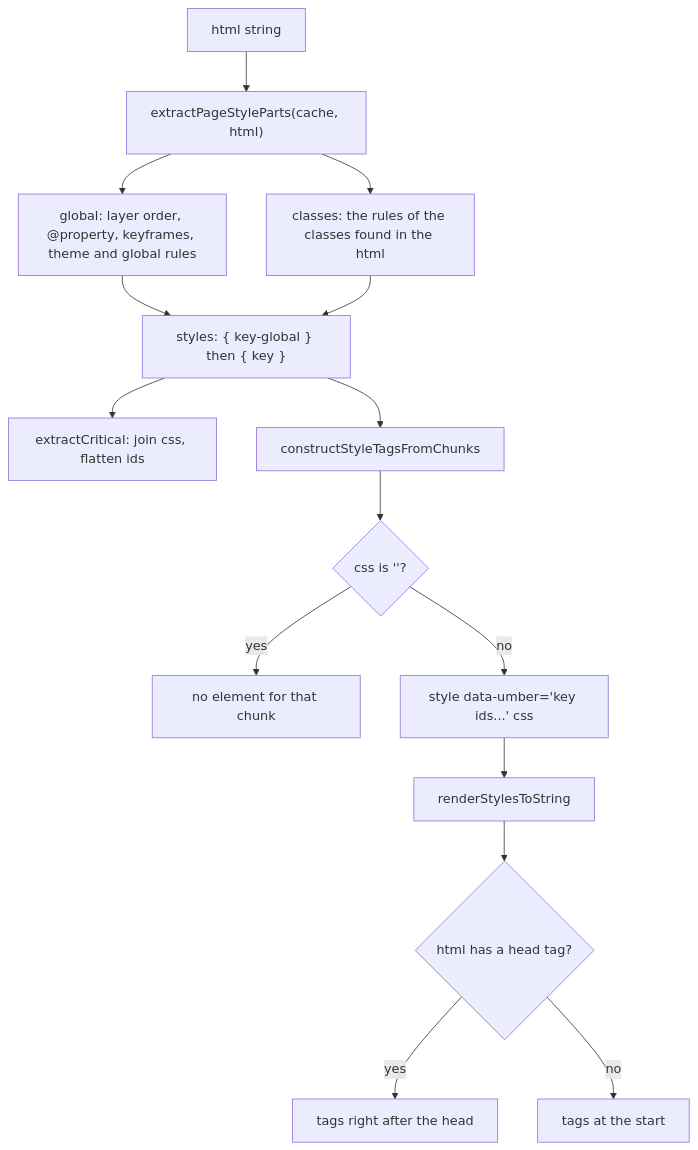
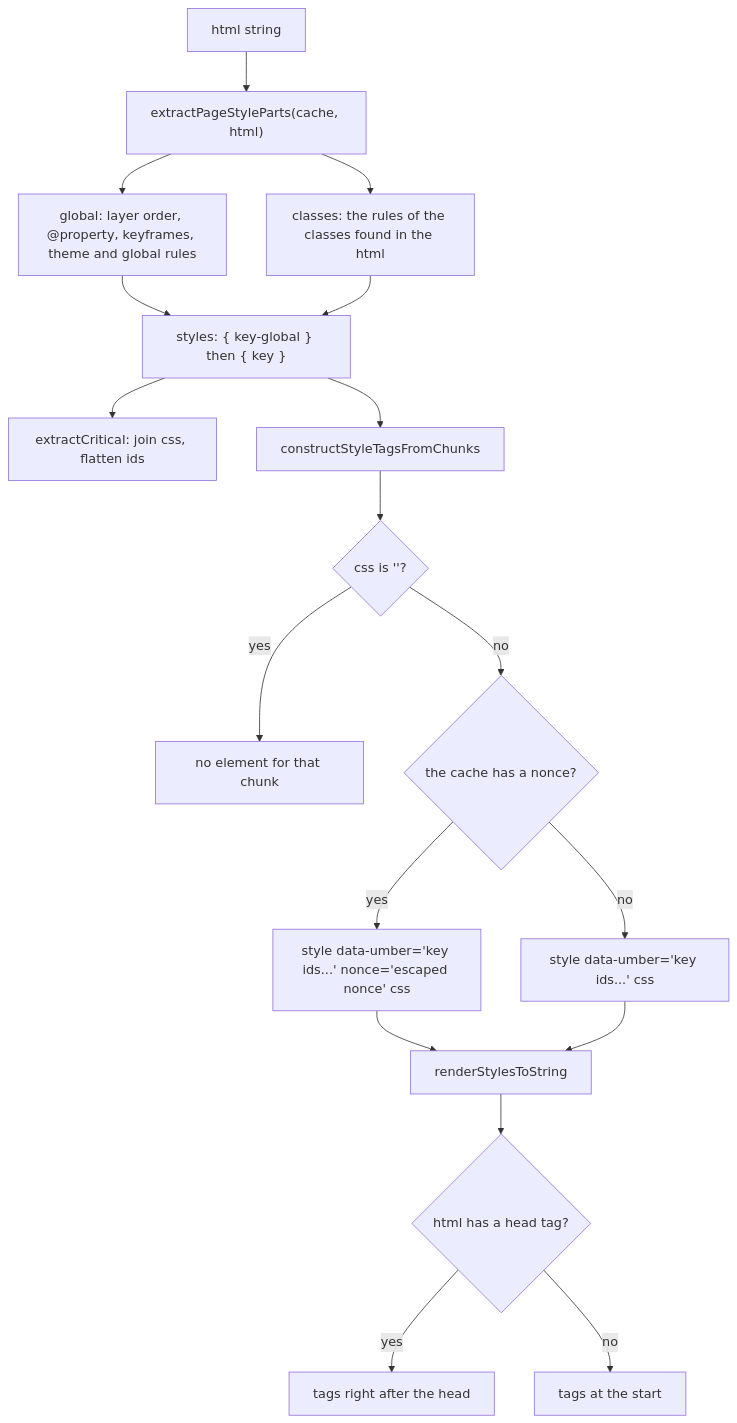
One commit to soroush-tech/umber-style changed the diagram in packages/server/src/createInstance.md. Above: the diagram before and after it, drawn with Mermaid. The commit also changed other lines of this file and 127 other files, not shown here.

Commit message:
feat: a nonce on every style element the engine makes, useStyleValue changes a value a style reads with no render on React and Vue, and the scan for animation names ends at the end of a rule - close #13

````diff
--- a/packages/server/src/createInstance.md
+++ b/packages/server/src/createInstance.md
@@ -21,17 +22,20 @@
 ```mermaid
 flowchart TD
   html["html string"] --> parts["extractPageStyleParts(cache, html)"]
   parts --> global["global: layer order, @property, keyframes, theme and global rules"]
   parts --> classes["classes: the rules of the classes found in the html"]
   global --> chunks["styles: { key-global } then { key }"]
   classes --> chunks
   chunks --> one["extractCritical: join css, flatten ids"]
   chunks --> tags["constructStyleTagsFromChunks"]
   tags --> filter{"css is ''?"}
   filter -->|yes| drop["no element for that chunk"]
-  filter -->|no| tag["style data-umber='key ids...' css"]
+  filter -->|no| nonce{"the cache has a nonce?"}
+  nonce -->|yes| withNonce["style data-umber='key ids...' nonce='escaped nonce' css"]
+  nonce -->|no| tag["style data-umber='key ids...' css"]
+  withNonce --> render
   tag --> render["renderStylesToString"]
   render --> head{"html has a head tag?"}
   head -->|yes| afterHead["tags right after the head"]
   head -->|no| atStart["tags at the start"]
 ```
````
